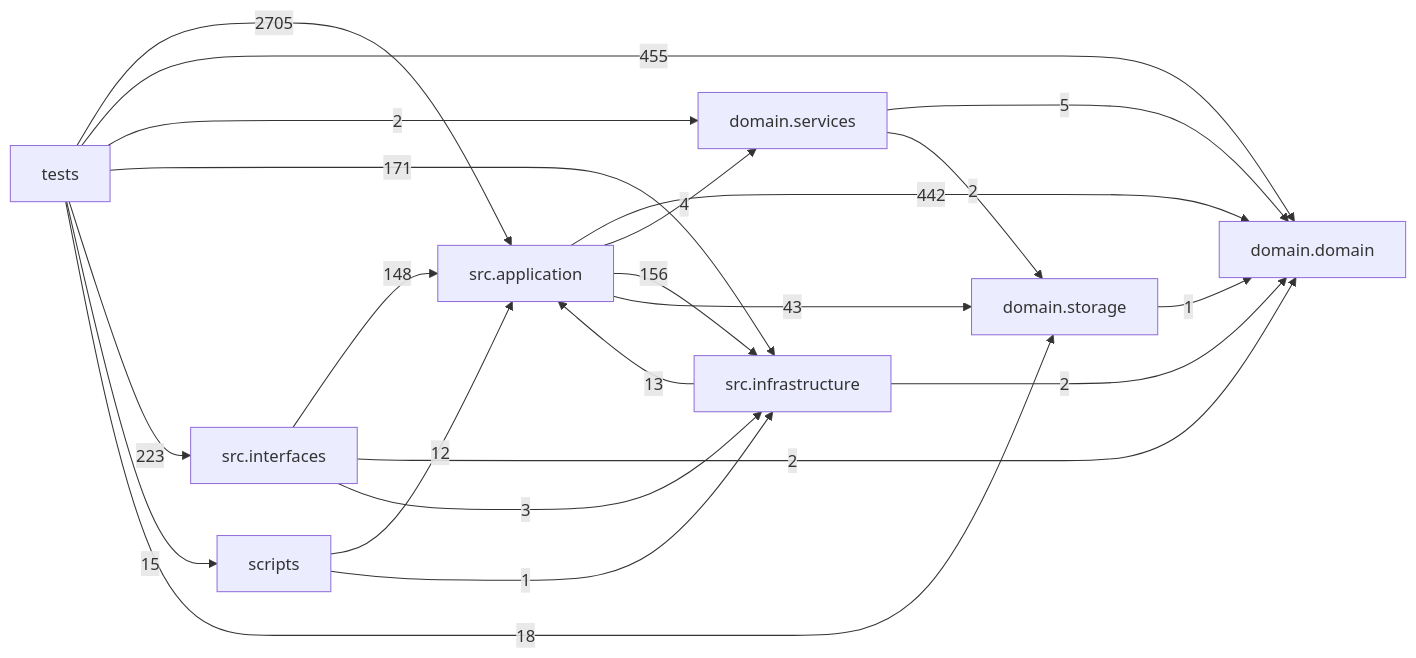
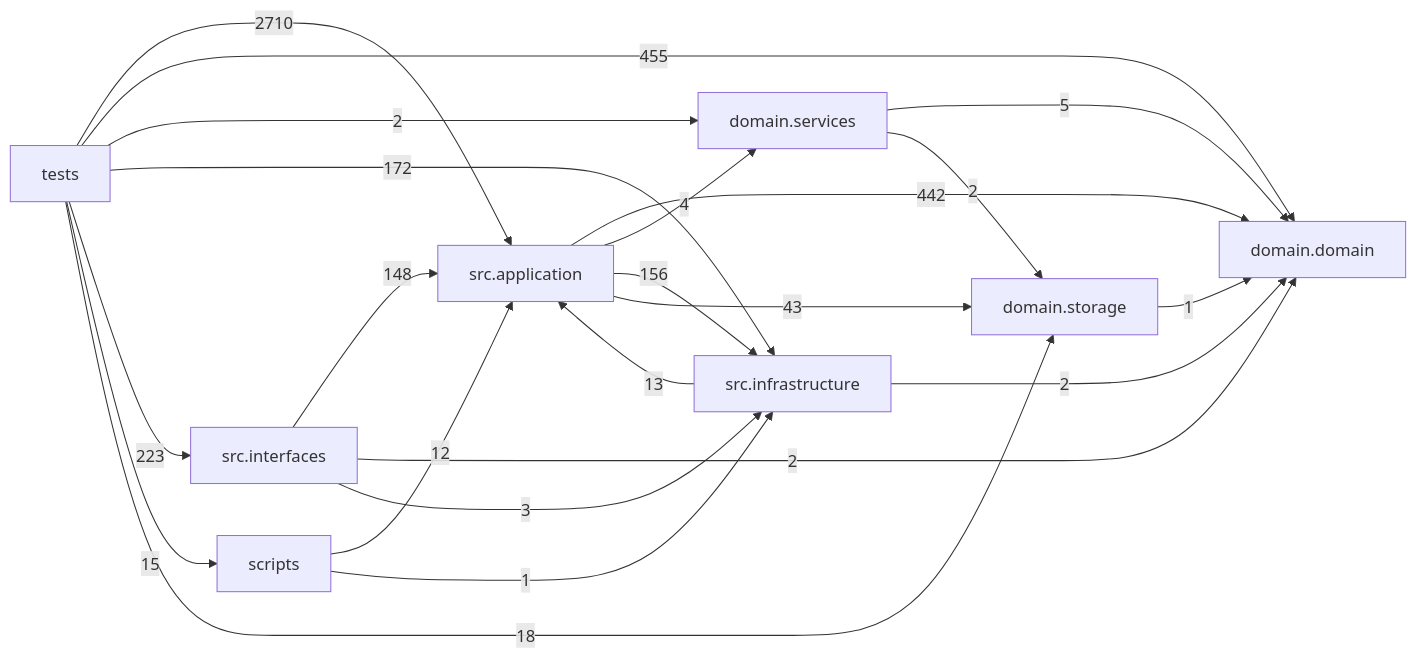
The diagram in docs/DEPENDENCY_GRAPH.md (liuxie066/options-monitor), drawn with Mermaid before and after one commit. The commit also changed other lines of this file and 11 other files, not shown here.

````diff
--- a/docs/DEPENDENCY_GRAPH.md
+++ b/docs/DEPENDENCY_GRAPH.md
@@ -24,32 +24,32 @@
 ```mermaid
 flowchart LR
   tests["tests"]
   scripts["scripts"]
   interfaces["src.interfaces"]
   application["src.application"]
   infrastructure["src.infrastructure"]
   domain_services["domain.services"]
   domain["domain.domain"]
   storage["domain.storage"]
   application -->|442| domain
   application -->|4| domain_services
   application -->|156| infrastructure
   application -->|43| storage
   domain_services -->|5| domain
   domain_services -->|2| storage
   infrastructure -->|13| application
   infrastructure -->|2| domain
   interfaces -->|148| application
   interfaces -->|2| domain
   interfaces -->|3| infrastructure
   scripts -->|12| application
   scripts -->|1| infrastructure
   storage -->|1| domain
-  tests -->|2705| application
+  tests -->|2710| application
   tests -->|455| domain
   tests -->|2| domain_services
-  tests -->|171| infrastructure
+  tests -->|172| infrastructure
   tests -->|223| interfaces
   tests -->|15| scripts
   tests -->|18| storage
 ```
````
